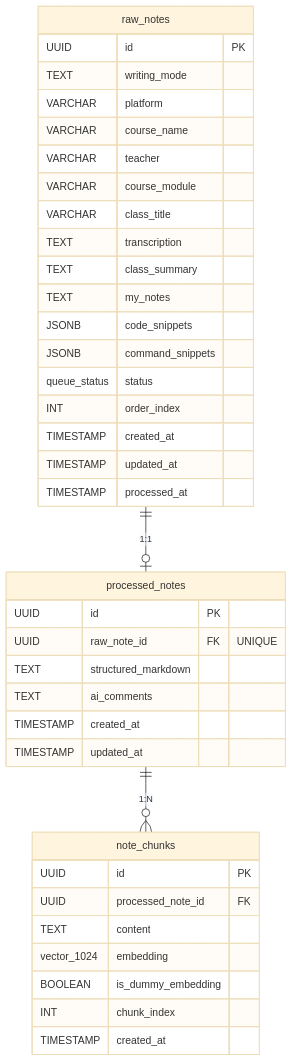
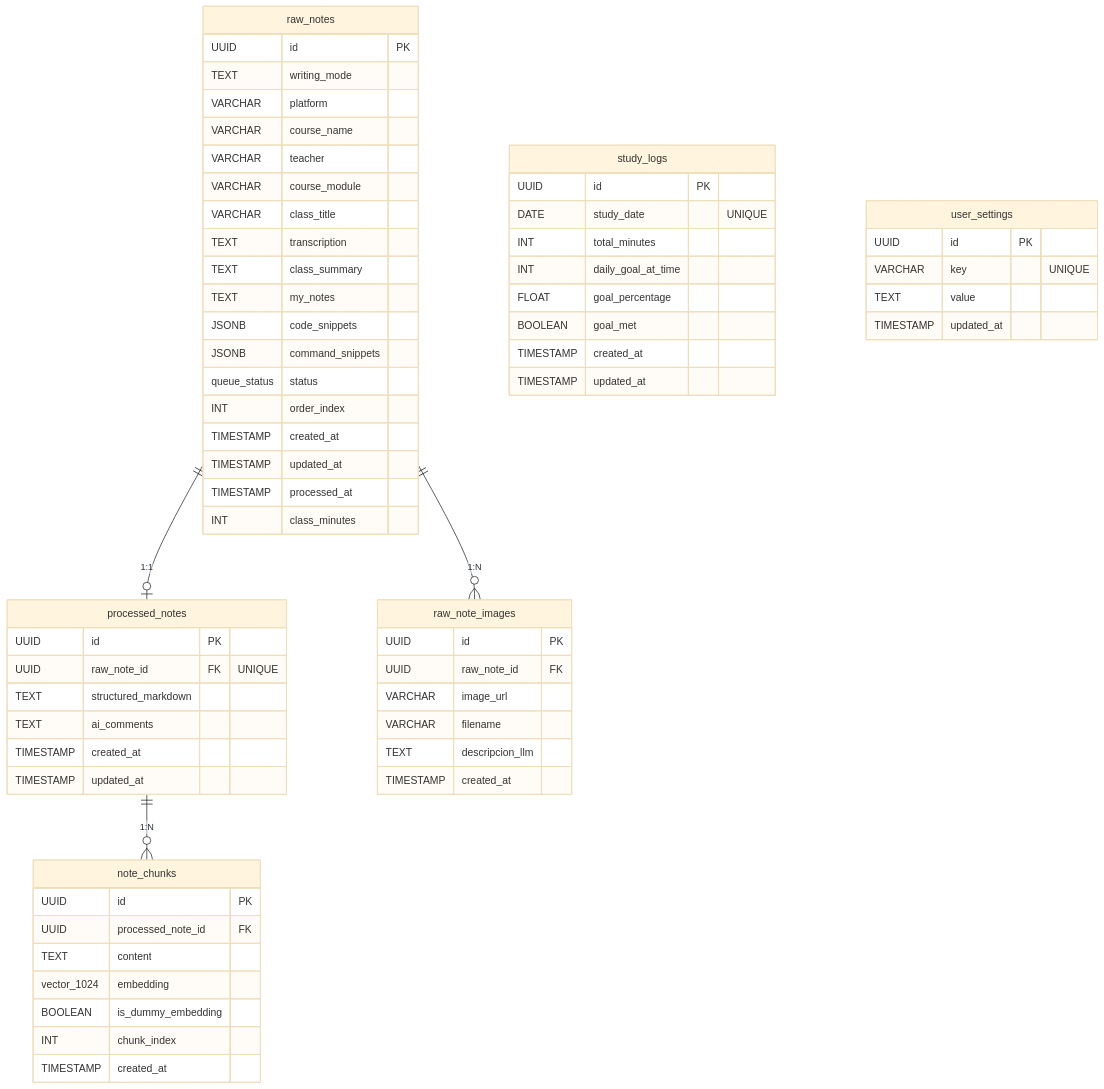
One commit to JamesKristofUbiarco/Concat-notes changed the eighth of 9 diagrams in docs/agent-architecture.md. Above: the diagram before and after it, drawn with Mermaid (base theme). The commit also changed other lines of this file and 23 other files, not shown here.

````diff
--- a/docs/agent-architecture.md
+++ b/docs/agent-architecture.md
@@ -351,44 +382,73 @@
 ```mermaid
 erDiagram
     raw_notes ||--o| processed_notes : "1:1"
     processed_notes ||--o{ note_chunks : "1:N"
+    raw_notes ||--o{ raw_note_images : "1:N"
 
     raw_notes {
         UUID id PK
         TEXT writing_mode
         VARCHAR platform
         VARCHAR course_name
         VARCHAR teacher
         VARCHAR course_module
         VARCHAR class_title
         TEXT transcription
         TEXT class_summary
         TEXT my_notes
         JSONB code_snippets
         JSONB command_snippets
         queue_status status
         INT order_index
         TIMESTAMP created_at
         TIMESTAMP updated_at
         TIMESTAMP processed_at
+        INT class_minutes
     }
 
     processed_notes {
         UUID id PK
         UUID raw_note_id FK "UNIQUE"
         TEXT structured_markdown
         TEXT ai_comments
         TIMESTAMP created_at
         TIMESTAMP updated_at
     }
 
     note_chunks {
         UUID id PK
         UUID processed_note_id FK
         TEXT content
         vector_1024 embedding
         BOOLEAN is_dummy_embedding
         INT chunk_index
         TIMESTAMP created_at
     }
+
+    raw_note_images {
+        UUID id PK
+        UUID raw_note_id FK
+        VARCHAR image_url
+        VARCHAR filename
+        TEXT descripcion_llm
+        TIMESTAMP created_at
+    }
+
+    study_logs {
+        UUID id PK
+        DATE study_date "UNIQUE"
+        INT total_minutes
+        INT daily_goal_at_time
+        FLOAT goal_percentage
+        BOOLEAN goal_met
+        TIMESTAMP created_at
+        TIMESTAMP updated_at
+    }
+
+    user_settings {
+        UUID id PK
+        VARCHAR key "UNIQUE"
+        TEXT value
+        TIMESTAMP updated_at
+    }
 ```
````
